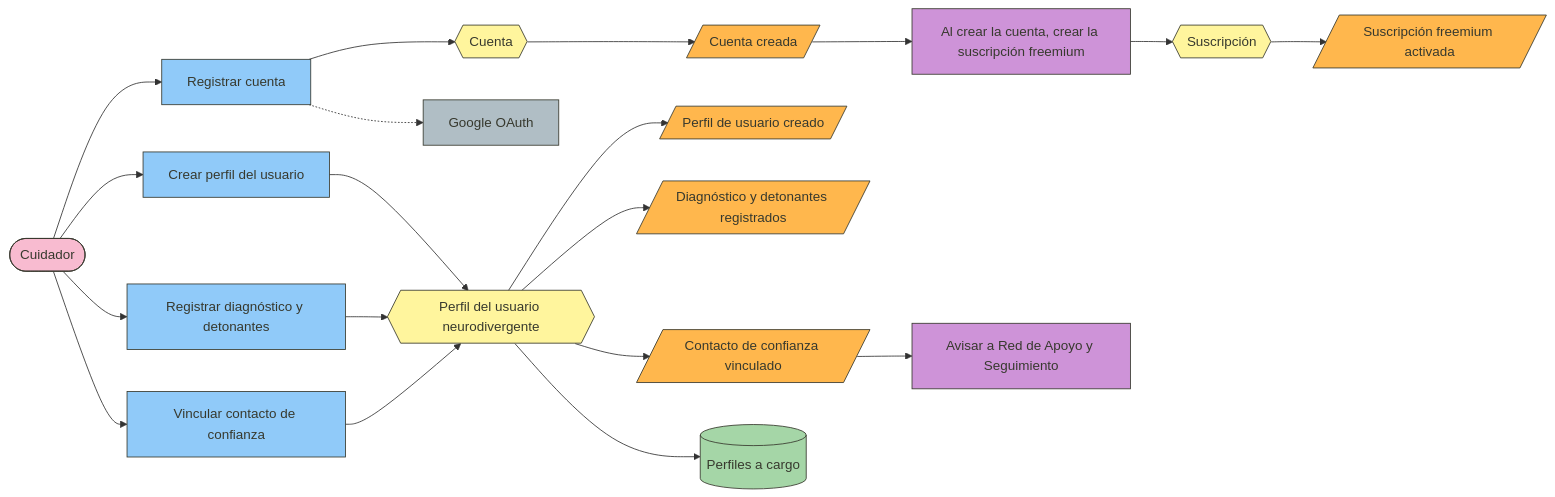
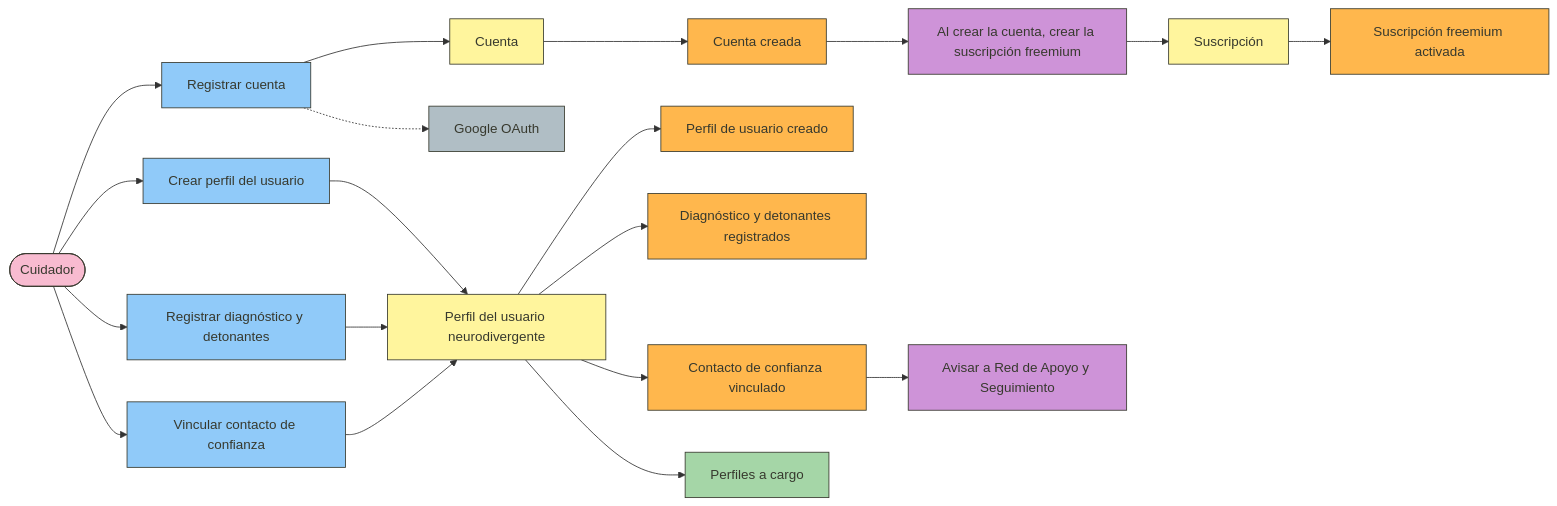
One commit to ASI0729-2620-7793-Open-Source/Macally changed the first of 10 diagrams in Chapter-4.md. Above: the diagram before and after it, drawn with Mermaid. The commit also changed other lines of this file, not shown here.

Commit message:
fix(chapter4): replace shapes that clipped diagram labels

````diff
--- a/Chapter-4.md
+++ b/Chapter-4.md
@@ -950,37 +950,37 @@
 ```mermaid
 flowchart LR
     classDef actor fill:#F8BBD0,stroke:#37392E,color:#37392E
     classDef cmd fill:#90CAF9,stroke:#37392E,color:#37392E
     classDef agg fill:#FFF59D,stroke:#37392E,color:#37392E
     classDef evt fill:#FFB74D,stroke:#37392E,color:#37392E
     classDef pol fill:#CE93D8,stroke:#37392E,color:#37392E
     classDef qry fill:#A5D6A7,stroke:#37392E,color:#37392E
     classDef ext fill:#B0BEC5,stroke:#37392E,color:#37392E
 
     A1(["Cuidador"]):::actor
     C1["Registrar cuenta"]:::cmd
     C2["Crear perfil del usuario"]:::cmd
     C3["Registrar diagnóstico y detonantes"]:::cmd
     C4["Vincular contacto de confianza"]:::cmd
-    AG1{{"Cuenta"}}:::agg
-    AG2{{"Perfil del usuario neurodivergente"}}:::agg
-    AG3{{"Suscripción"}}:::agg
-    E1[/"Cuenta creada"/]:::evt
-    E2[/"Perfil de usuario creado"/]:::evt
-    E3[/"Diagnóstico y detonantes registrados"/]:::evt
-    E4[/"Contacto de confianza vinculado"/]:::evt
-    E5[/"Suscripción freemium activada"/]:::evt
+    AG1["Cuenta"]:::agg
+    AG2["Perfil del usuario neurodivergente"]:::agg
+    AG3["Suscripción"]:::agg
+    E1["Cuenta creada"]:::evt
+    E2["Perfil de usuario creado"]:::evt
+    E3["Diagnóstico y detonantes registrados"]:::evt
+    E4["Contacto de confianza vinculado"]:::evt
+    E5["Suscripción freemium activada"]:::evt
     P1["Al crear la cuenta, crear la suscripción freemium"]:::pol
     P2["Avisar a Red de Apoyo y Seguimiento"]:::pol
-    Q1[("Perfiles a cargo")]:::qry
+    Q1["Perfiles a cargo"]:::qry
     X1["Google OAuth"]:::ext
 
     A1 --> C1 --> AG1 --> E1 --> P1 --> AG3 --> E5
     A1 --> C2 --> AG2 --> E2
     A1 --> C3 --> AG2
     AG2 --> E3
     A1 --> C4 --> AG2
     AG2 --> E4 --> P2
     C1 -.-> X1
     AG2 --> Q1
 ```
````
